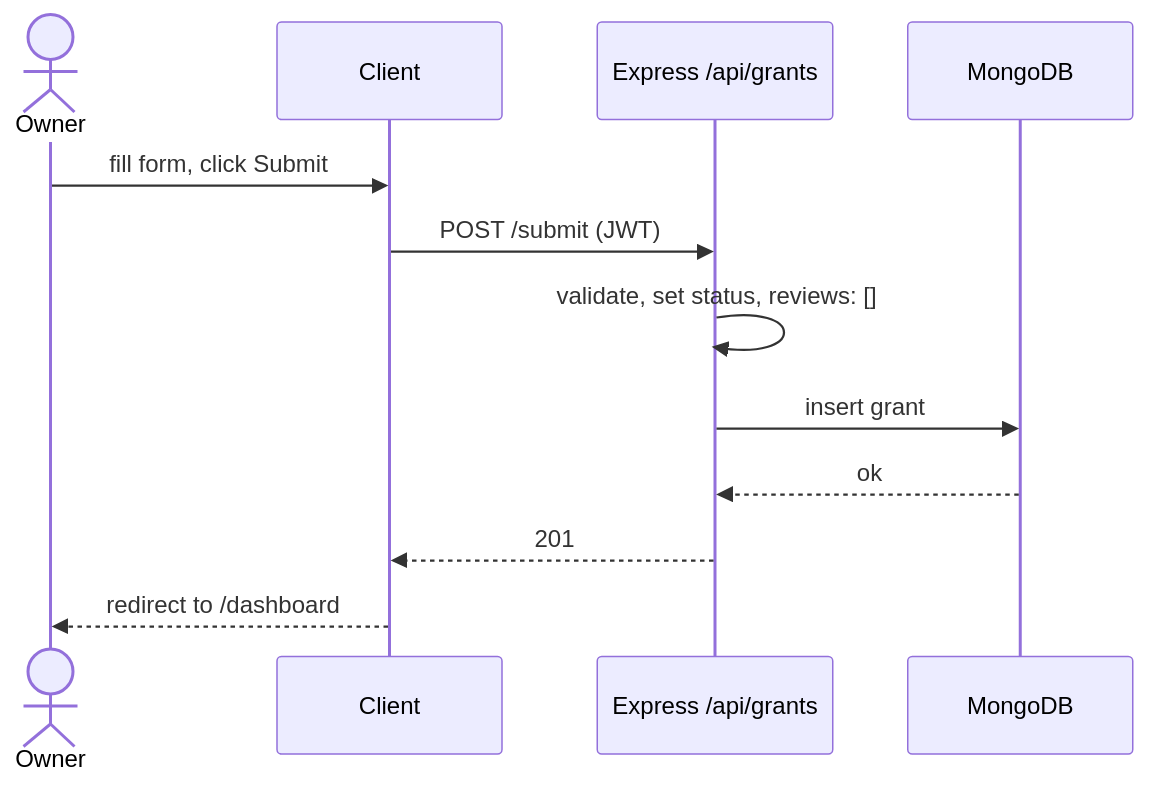
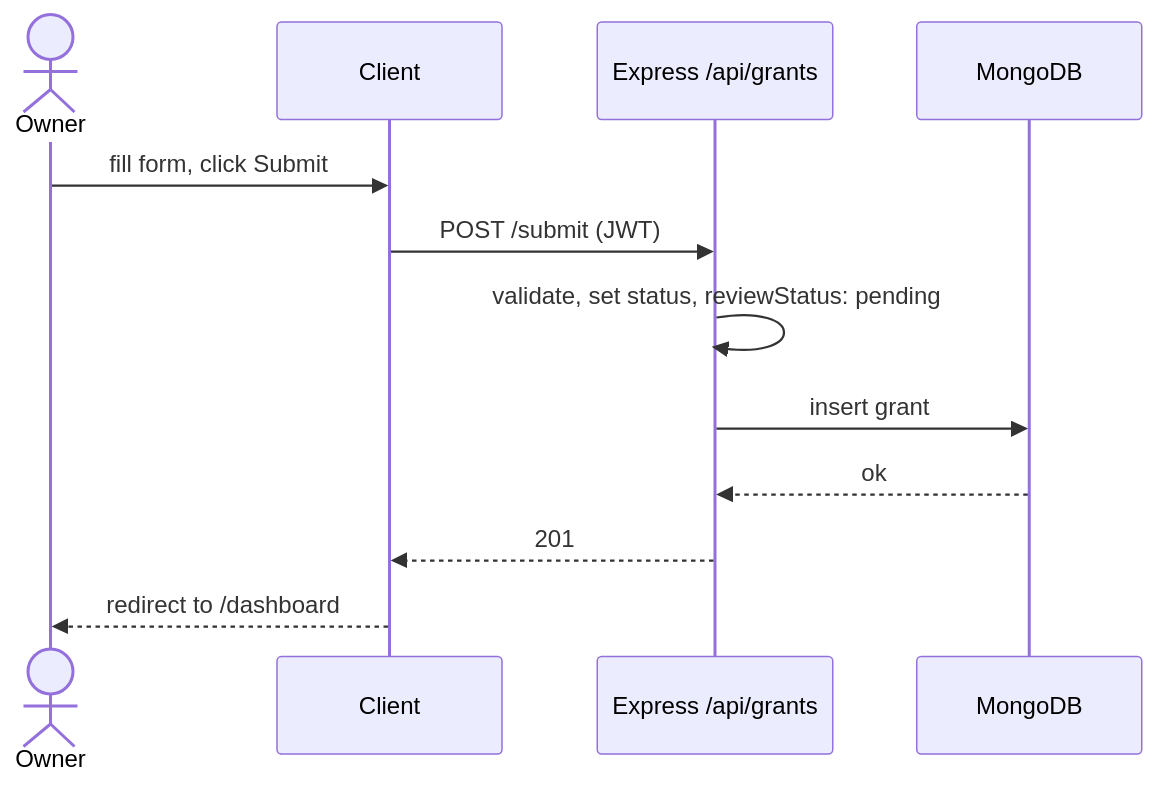
The seventh of 8 diagrams in docs/architecture.md (jayantiacharya/grant-management-system), drawn with Mermaid before and after one commit. The commit also changed other lines of this file and 3 other files, not shown here.

````diff
--- a/docs/architecture.md
+++ b/docs/architecture.md
@@ -299,14 +303,14 @@
 ```mermaid
 sequenceDiagram
     actor Owner
     participant Client
     participant API as Express /api/grants
     participant DB as MongoDB
     Owner->>Client: fill form, click Submit
     Client->>API: POST /submit (JWT)
-    API->>API: validate, set status, reviews: []
+    API->>API: validate, set status, reviewStatus: pending
     API->>DB: insert grant
     DB-->>API: ok
     API-->>Client: 201
     Client-->>Owner: redirect to /dashboard
 ```
````
